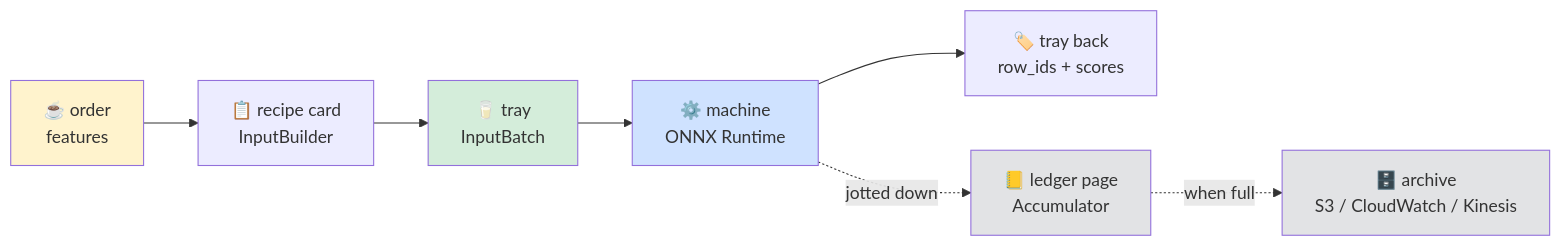
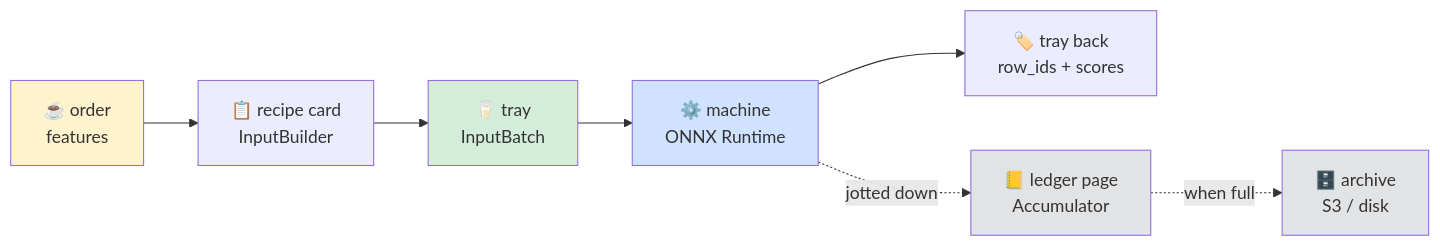
Before and after one commit to PratikBarhate/hushar: the first of 7 diagrams in documentation/request-walkthrough.md, drawn with Mermaid. The commit also changed other lines of this file and 3548 other files, not shown here.

````diff
--- a/documentation/request-walkthrough.md
+++ b/documentation/request-walkthrough.md
@@ -31,11 +31,11 @@
 ```mermaid
 flowchart LR
   a["☕ order<br/>features"] --> b["📋 recipe card<br/>InputBuilder"] --> c["🥛 tray<br/>InputBatch"] --> d["⚙️ machine<br/>ONNX Runtime"] --> e["🏷️ tray back<br/>row_ids + scores"]
   d -.->|"jotted down"| f["📒 ledger page<br/>Accumulator"]
-  f -.->|"when full"| g["🗄️ archive<br/>S3 / CloudWatch / Kinesis"]
+  f -.->|"when full"| g["🗄️ archive<br/>S3 / disk"]
   style a fill:#fff3cd
   style c fill:#d4edda
   style d fill:#cfe2ff
   style f fill:#e2e3e5
   style g fill:#e2e3e5
 ```
````
